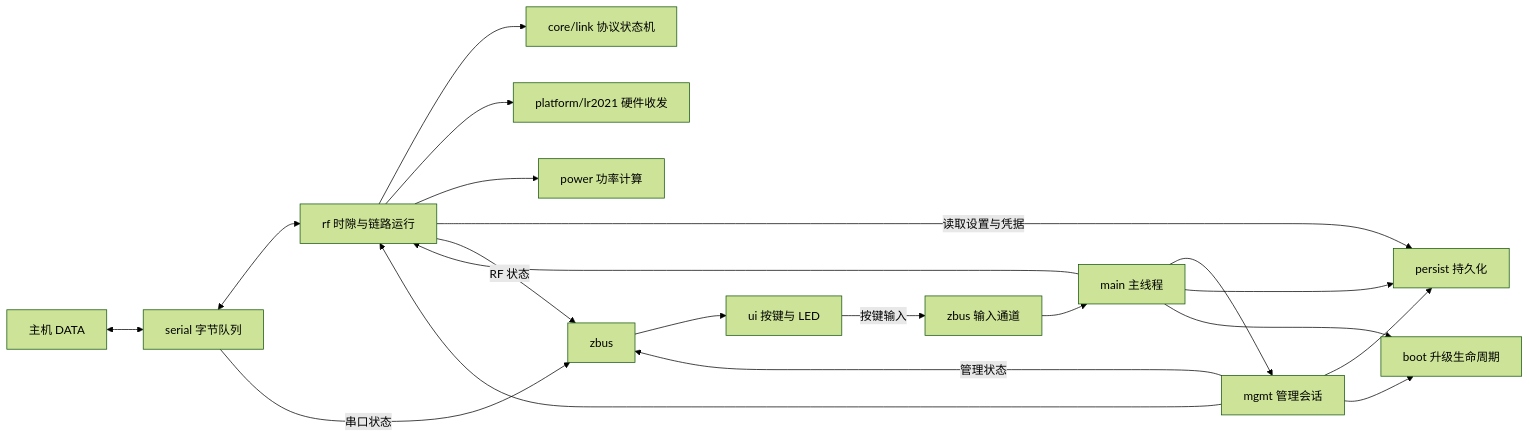
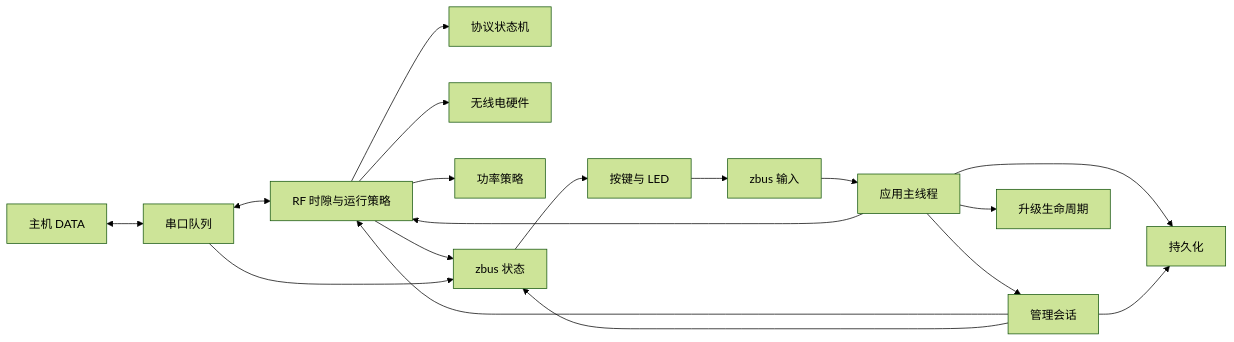
One commit to qsheeeeen/zlrs changed the diagram in doc/06-architecture.md. Above: the diagram before and after it, drawn with Mermaid (forest theme). The commit also changed other lines of this file and 11 other files, not shown here.

````diff
--- a/doc/06-architecture.md
+++ b/doc/06-architecture.md
@@ -80,22 +33,20 @@
-```mermaid
+~~~mermaid
 flowchart LR
-    Host[主机 DATA] <--> Serial[serial 字节队列]
-    Serial <--> RF[rf 时隙与链路运行]
-    RF --> Link[core/link 协议状态机]
-    RF --> Radio[platform/lr2021 硬件收发]
-    RF --> Power[power 功率计算]
-    Main[main 主线程] --> RF
-    Main --> Mgmt[mgmt 管理会话]
-    Main --> Persist[persist 持久化]
-    RF -->|读取设置与凭据| Persist
-    Main --> Boot[boot 升级生命周期]
+    Host[主机 DATA] <--> Serial[串口队列]
+    Serial <--> RF[RF 时隙与运行策略]
+    RF --> Link[协议状态机]
+    RF --> Radio[无线电硬件]
+    RF --> Power[功率策略]
+    Main[应用主线程] --> RF
+    Main --> Mgmt[管理会话]
+    Main --> Persist[持久化]
     Mgmt --> Persist
     Mgmt --> RF
-    Mgmt --> Boot
-    RF -->|RF 状态| Bus[zbus]
-    Serial -->|串口状态| Bus
-    Mgmt -->|管理状态| Bus
-    Bus --> UI[ui 按键与 LED]
-    UI -->|按键输入| Input[zbus 输入通道]
+    Main --> Boot[升级生命周期]
+    RF --> Bus[zbus 状态]
+    Serial --> Bus
+    Mgmt --> Bus
+    Bus --> UI[按键与 LED]
+    UI --> Input[zbus 输入]
     Input --> Main
-```
+~~~
````
